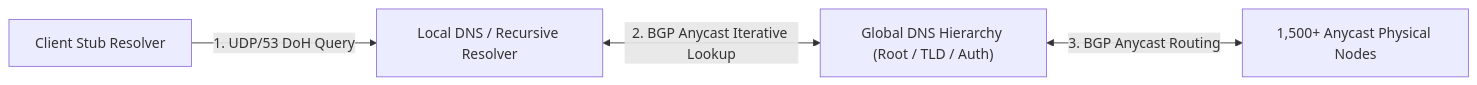
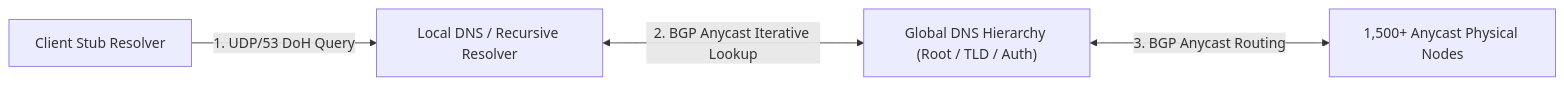
One commit to koosai/AI-Architect-Learning changed the third of 6 diagrams in docs/atlas/dns-global-system.mdx. Above: the diagram before and after it, drawn with Mermaid. The commit also changed other lines of this file and 68 other files, not shown here.

Commit message:
fix(atlas): fix browser client-side Mermaid rendering for mindmaps and flowcharts across 67 case studies

````diff
--- a/docs/atlas/dns-global-system.mdx
+++ b/docs/atlas/dns-global-system.mdx
@@ -117,6 +117,6 @@
 ```mermaid
 graph LR
   ClientApp["Client Stub Resolver"] -->|1. UDP/53 DoH Query| LocalDNS["Local DNS / Recursive Resolver"]
-  LocalDNS <-->|2. BGP Anycast Iterative Lookup| GlobalDNSRoot["Global DNS Hierarchy (Root / TLD / Auth)"]
-  GlobalDNSRoot <-->|3. BGP Anycast Routing| BGPInstances["1,500+ Anycast Physical Nodes"]
+  LocalDNS <--->|2. BGP Anycast Iterative Lookup| GlobalDNSRoot["Global DNS Hierarchy (Root / TLD / Auth)"]
+  GlobalDNSRoot <--->|3. BGP Anycast Routing| BGPInstances["1,500+ Anycast Physical Nodes"]
 ```
````
